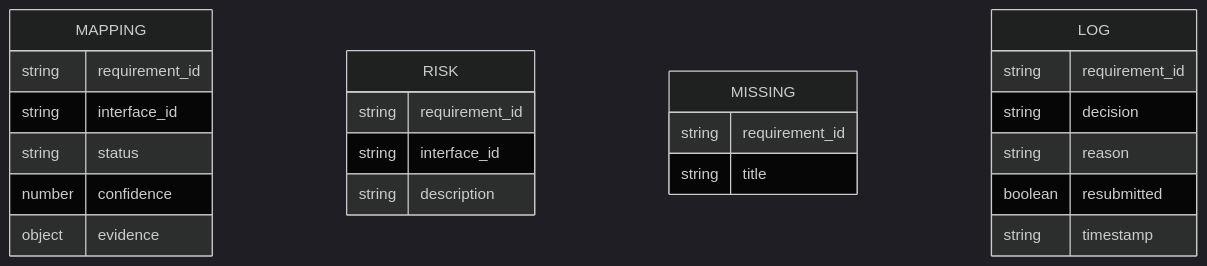
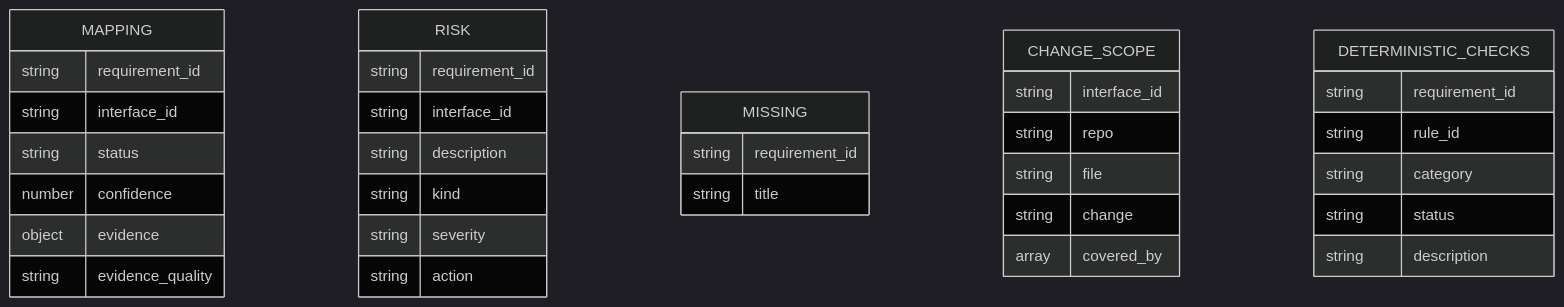
One commit to Joeyzheng001/LLM-AutoTest changed the fourth of 5 diagrams in .qoder/repowiki/zh/content/流水线工作流/代码审查节点.md. Above: the diagram before and after it, drawn with Mermaid (dark theme). The commit also changed other lines of this file and 94 other files, not shown here.

````diff
--- a/.qoder/repowiki/zh/content/流水线工作流/代码审查节点.md
+++ b/.qoder/repowiki/zh/content/流水线工作流/代码审查节点.md
@@ -164,26 +253,37 @@
 ```mermaid
 erDiagram
 MAPPING {
 string requirement_id
 string interface_id
 string status
 number confidence
 object evidence
+string evidence_quality
 }
 RISK {
 string requirement_id
 string interface_id
 string description
+string kind
+string severity
+string action
 }
 MISSING {
 string requirement_id
 string title
 }
-LOG {
+CHANGE_SCOPE {
+string interface_id
+string repo
+string file
+string change
+array covered_by
+}
+DETERMINISTIC_CHECKS {
 string requirement_id
-string decision
-string reason
-boolean resubmitted
-string timestamp
+string rule_id
+string category
+string status
+string description
 }
 ```
````
